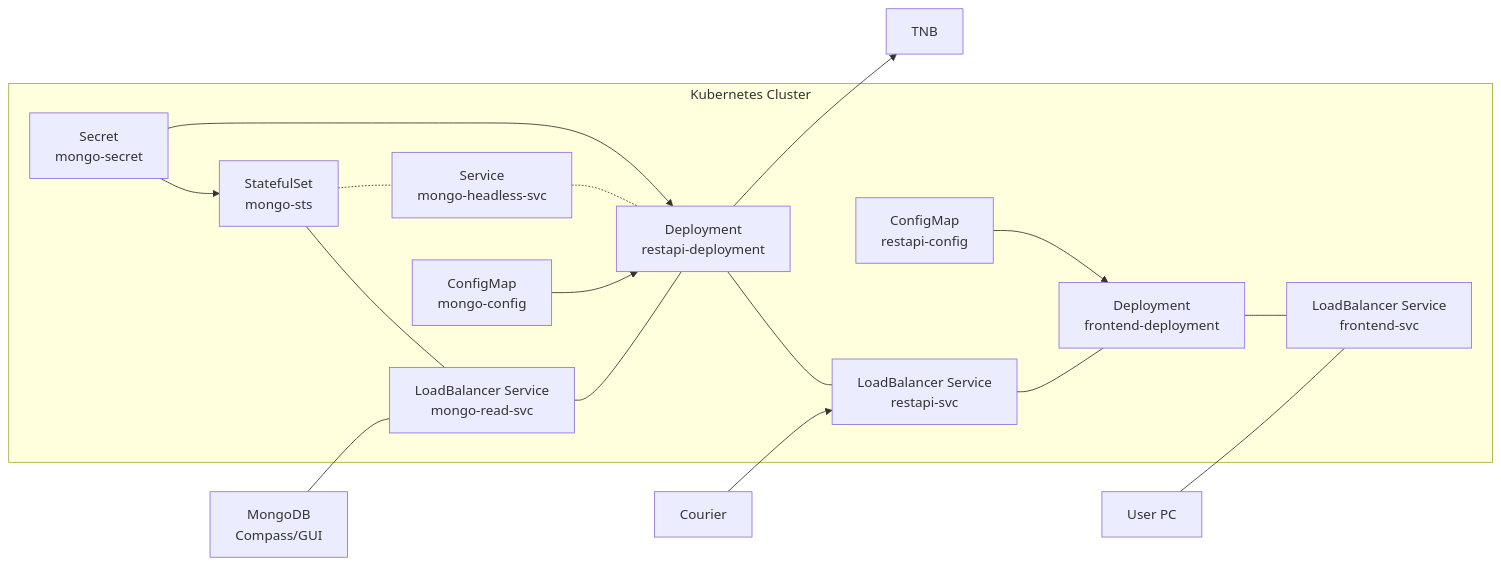
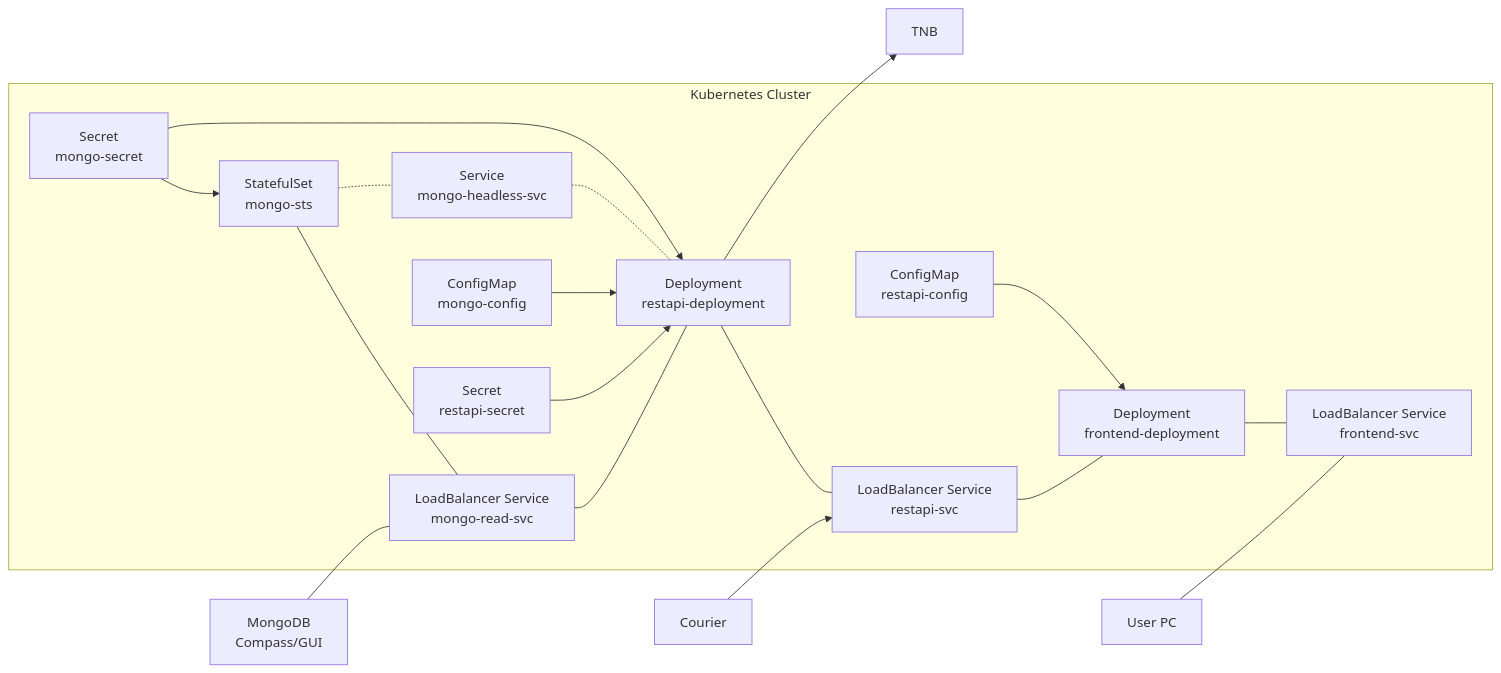
The third of 4 diagrams in docs/Group_2_SS23_ProjectReport.md (ccfrauasgr2/pet-detection), drawn with Mermaid before and after one commit. The commit also changed 3 other files, not shown here.

Commit message:
added restapi secret for telegram

````diff
--- a/docs/Group_2_SS23_ProjectReport.md
+++ b/docs/Group_2_SS23_ProjectReport.md
@@ -143,36 +143,38 @@
 ```mermaid
 flowchart LR
     subgraph Kubernetes Cluster
   
     mongo-sts[StatefulSet\nmongo-sts]
     mongo-read-svc[LoadBalancer Service\nmongo-read-svc]
     mongo-headless-svc[Service\nmongo-headless-svc]
     mongo-secret[Secret\nmongo-secret]
     mongo-config[ConfigMap\nmongo-config]
     frontend-svc[LoadBalancer Service\nfrontend-svc]
     frontend-deployment[Deployment\nfrontend-deployment]
     restapi-config[ConfigMap\nrestapi-config]
     restapi-svc[LoadBalancer Service\nrestapi-svc]
     restapi-deployment[Deployment\nrestapi-deployment]
+    restapi-secret[Secret\nrestapi-secret]
     
 
     mongo-sts --- mongo-read-svc --- restapi-deployment --- restapi-svc   --- frontend-deployment --- frontend-svc
     mongo-sts -.- mongo-headless-svc -.- restapi-deployment
     mongo-secret --> mongo-sts & restapi-deployment
     mongo-config --> restapi-deployment 
     restapi-config --> frontend-deployment
+    restapi-secret --> restapi-deployment
 
     end
 
     compass[MongoDB\nCompass/GUI]
     user[User PC]
     courier[Courier]
     tnb[TNB]
 
     restapi-deployment --> tnb
     compass --- mongo-read-svc
     courier --> restapi-svc
     user --- frontend-svc
     
 
 ```
````
